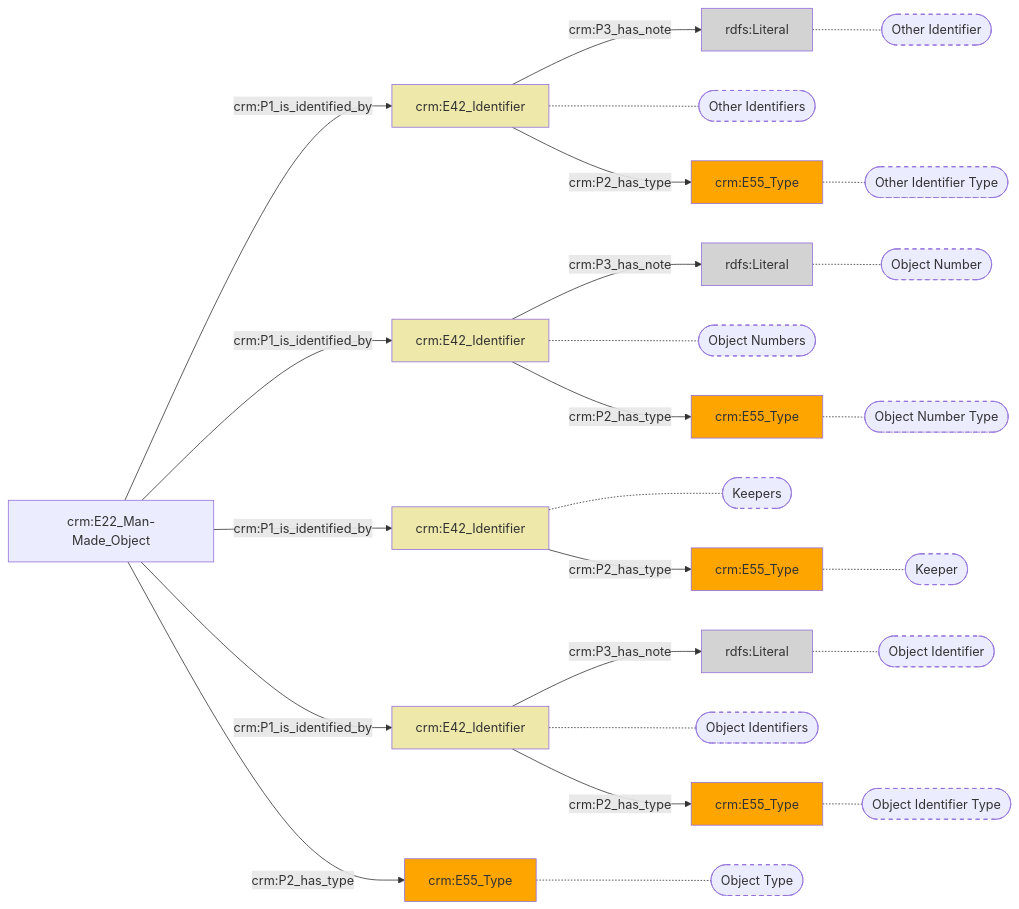
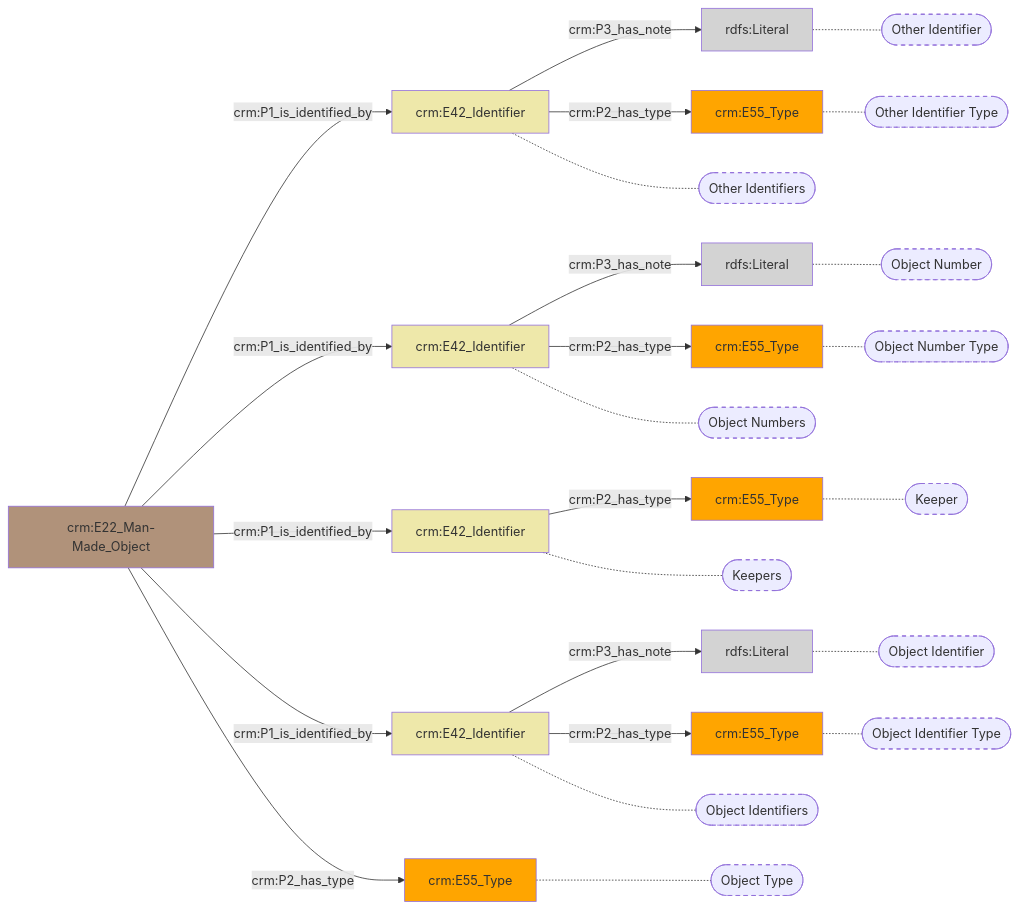
The diagram in docs/content/modellen/ArchiefItemMaterieel/Identificatie.md (digipolisantwerpdocumentation/antwerp-cultureel-erfgoed), drawn with Mermaid before and after one commit. The commit also changed 32 other files, not shown here.

````diff
--- a/docs/content/modellen/ArchiefItemMaterieel/Identificatie.md
+++ b/docs/content/modellen/ArchiefItemMaterieel/Identificatie.md
@@ -1,51 +1,52 @@
 ```mermaid
 graph LR
 d1dc33e0-a5fe-11ec-b19f-9cf387da2c40["crm:E42_Identifier"]-->|"crm:P3_has_note"|d1de206a-a5fe-11ec-b19f-9cf387da2c40(rdfs:Literal)
 d1dc4bdc-a5fe-11ec-b19f-9cf387da2c40["crm:E42_Identifier"]-->|"crm:P3_has_note"|d1ddc232-a5fe-11ec-b19f-9cf387da2c40(rdfs:Literal)
 d1dca05a-a5fe-11ec-b19f-9cf387da2c40["crm:E42_Identifier"]-->|"crm:P3_has_note"|d1de2e66-a5fe-11ec-b19f-9cf387da2c40(rdfs:Literal)
+d1dc33e0-a5fe-11ec-b19f-9cf387da2c40["crm:E42_Identifier"]-->|"crm:P2_has_type"|d1de32bc-a5fe-11ec-b19f-9cf387da2c40["crm:E55_Type"]
+d1dc4bdc-a5fe-11ec-b19f-9cf387da2c40["crm:E42_Identifier"]-->|"crm:P2_has_type"|d1de1214-a5fe-11ec-b19f-9cf387da2c40["crm:E55_Type"]
+d1dc8570-a5fe-11ec-b19f-9cf387da2c40["crm:E42_Identifier"]-->|"crm:P2_has_type"|d1dd9000-a5fe-11ec-b19f-9cf387da2c40["crm:E55_Type"]
+d1dca05a-a5fe-11ec-b19f-9cf387da2c40["crm:E42_Identifier"]-->|"crm:P2_has_type"|d1de1ab6-a5fe-11ec-b19f-9cf387da2c40["crm:E55_Type"]
+d1dd96e0-a5fe-11ec-b19f-9cf387da2c40["crm:E22_Man-Made_Object"]-->|"crm:P1_is_identified_by"|d1dc33e0-a5fe-11ec-b19f-9cf387da2c40["crm:E42_Identifier"]
+d1dd96e0-a5fe-11ec-b19f-9cf387da2c40["crm:E22_Man-Made_Object"]-->|"crm:P1_is_identified_by"|d1dc4bdc-a5fe-11ec-b19f-9cf387da2c40["crm:E42_Identifier"]
+d1dd96e0-a5fe-11ec-b19f-9cf387da2c40["crm:E22_Man-Made_Object"]-->|"crm:P1_is_identified_by"|d1dc8570-a5fe-11ec-b19f-9cf387da2c40["crm:E42_Identifier"]
+d1dd96e0-a5fe-11ec-b19f-9cf387da2c40["crm:E22_Man-Made_Object"]-->|"crm:P1_is_identified_by"|d1dca05a-a5fe-11ec-b19f-9cf387da2c40["crm:E42_Identifier"]
+d1dd96e0-a5fe-11ec-b19f-9cf387da2c40["crm:E22_Man-Made_Object"]-->|"crm:P2_has_type"|d1dcb6c6-a5fe-11ec-b19f-9cf387da2c40["crm:E55_Type"]
 d1de32bc-a5fe-11ec-b19f-9cf387da2c40["crm:E55_Type"]-.-d1de32bc-a5fe-11ec-b19f-9cf387da2c40_s(["Other Identifier Type"])
 d1de206a-a5fe-11ec-b19f-9cf387da2c40["rdfs:Literal"]-.-d1de206a-a5fe-11ec-b19f-9cf387da2c40_s(["Other Identifier"])
 d1de1214-a5fe-11ec-b19f-9cf387da2c40["crm:E55_Type"]-.-d1de1214-a5fe-11ec-b19f-9cf387da2c40_s(["Object Number Type"])
 d1ddc232-a5fe-11ec-b19f-9cf387da2c40["rdfs:Literal"]-.-d1ddc232-a5fe-11ec-b19f-9cf387da2c40_s(["Object Number"])
 d1dd9000-a5fe-11ec-b19f-9cf387da2c40["crm:E55_Type"]-.-d1dd9000-a5fe-11ec-b19f-9cf387da2c40_s(["Keeper"])
 d1de1ab6-a5fe-11ec-b19f-9cf387da2c40["crm:E55_Type"]-.-d1de1ab6-a5fe-11ec-b19f-9cf387da2c40_s(["Object Identifier Type"])
 d1de2e66-a5fe-11ec-b19f-9cf387da2c40["rdfs:Literal"]-.-d1de2e66-a5fe-11ec-b19f-9cf387da2c40_s(["Object Identifier"])
 d1dc33e0-a5fe-11ec-b19f-9cf387da2c40["crm:E42_Identifier"]-.-d1dc33e0-a5fe-11ec-b19f-9cf387da2c40_s(["Other Identifiers"])
 d1dc4bdc-a5fe-11ec-b19f-9cf387da2c40["crm:E42_Identifier"]-.-d1dc4bdc-a5fe-11ec-b19f-9cf387da2c40_s(["Object Numbers"])
 d1dc8570-a5fe-11ec-b19f-9cf387da2c40["crm:E42_Identifier"]-.-d1dc8570-a5fe-11ec-b19f-9cf387da2c40_s(["Keepers"])
 d1dca05a-a5fe-11ec-b19f-9cf387da2c40["crm:E42_Identifier"]-.-d1dca05a-a5fe-11ec-b19f-9cf387da2c40_s(["Object Identifiers"])
 d1dcb6c6-a5fe-11ec-b19f-9cf387da2c40["crm:E55_Type"]-.-d1dcb6c6-a5fe-11ec-b19f-9cf387da2c40_s(["Object Type"])
-d1dc33e0-a5fe-11ec-b19f-9cf387da2c40["crm:E42_Identifier"]-->|"crm:P2_has_type"|d1de32bc-a5fe-11ec-b19f-9cf387da2c40["crm:E55_Type"]
-d1dc4bdc-a5fe-11ec-b19f-9cf387da2c40["crm:E42_Identifier"]-->|"crm:P2_has_type"|d1de1214-a5fe-11ec-b19f-9cf387da2c40["crm:E55_Type"]
-d1dc8570-a5fe-11ec-b19f-9cf387da2c40["crm:E42_Identifier"]-->|"crm:P2_has_type"|d1dd9000-a5fe-11ec-b19f-9cf387da2c40["crm:E55_Type"]
-d1dca05a-a5fe-11ec-b19f-9cf387da2c40["crm:E42_Identifier"]-->|"crm:P2_has_type"|d1de1ab6-a5fe-11ec-b19f-9cf387da2c40["crm:E55_Type"]
-d1dd96e0-a5fe-11ec-b19f-9cf387da2c40["crm:E22_Man-Made_Object"]-->|"crm:P1_is_identified_by"|d1dc33e0-a5fe-11ec-b19f-9cf387da2c40["crm:E42_Identifier"]
-d1dd96e0-a5fe-11ec-b19f-9cf387da2c40["crm:E22_Man-Made_Object"]-->|"crm:P1_is_identified_by"|d1dc4bdc-a5fe-11ec-b19f-9cf387da2c40["crm:E42_Identifier"]
-d1dd96e0-a5fe-11ec-b19f-9cf387da2c40["crm:E22_Man-Made_Object"]-->|"crm:P1_is_identified_by"|d1dc8570-a5fe-11ec-b19f-9cf387da2c40["crm:E42_Identifier"]
-d1dd96e0-a5fe-11ec-b19f-9cf387da2c40["crm:E22_Man-Made_Object"]-->|"crm:P1_is_identified_by"|d1dca05a-a5fe-11ec-b19f-9cf387da2c40["crm:E42_Identifier"]
-d1dd96e0-a5fe-11ec-b19f-9cf387da2c40["crm:E22_Man-Made_Object"]-->|"crm:P2_has_type"|d1dcb6c6-a5fe-11ec-b19f-9cf387da2c40["crm:E55_Type"]
-style d1dc33e0-a5fe-11ec-b19f-9cf387da2c40 fill:#EEE8AA
-style d1dc4bdc-a5fe-11ec-b19f-9cf387da2c40 fill:#EEE8AA
-style d1dc8570-a5fe-11ec-b19f-9cf387da2c40 fill:#EEE8AA
-style d1dca05a-a5fe-11ec-b19f-9cf387da2c40 fill:#EEE8AA
-style d1dcb6c6-a5fe-11ec-b19f-9cf387da2c40 fill:#ffa500
-style d1dd9000-a5fe-11ec-b19f-9cf387da2c40 fill:#ffa500
-style d1ddc232-a5fe-11ec-b19f-9cf387da2c40 fill:#D3D3D3
-style d1de1214-a5fe-11ec-b19f-9cf387da2c40 fill:#ffa500
-style d1de1ab6-a5fe-11ec-b19f-9cf387da2c40 fill:#ffa500
-style d1de206a-a5fe-11ec-b19f-9cf387da2c40 fill:#D3D3D3
-style d1de2e66-a5fe-11ec-b19f-9cf387da2c40 fill:#D3D3D3
-style d1de32bc-a5fe-11ec-b19f-9cf387da2c40 fill:#ffa500
 style d1de32bc-a5fe-11ec-b19f-9cf387da2c40_s stroke-dasharray: 5
 style d1de206a-a5fe-11ec-b19f-9cf387da2c40_s stroke-dasharray: 5
 style d1de1214-a5fe-11ec-b19f-9cf387da2c40_s stroke-dasharray: 5
 style d1ddc232-a5fe-11ec-b19f-9cf387da2c40_s stroke-dasharray: 5
 style d1dd9000-a5fe-11ec-b19f-9cf387da2c40_s stroke-dasharray: 5
 style d1de1ab6-a5fe-11ec-b19f-9cf387da2c40_s stroke-dasharray: 5
 style d1de2e66-a5fe-11ec-b19f-9cf387da2c40_s stroke-dasharray: 5
 style d1dc33e0-a5fe-11ec-b19f-9cf387da2c40_s stroke-dasharray: 5
 style d1dc4bdc-a5fe-11ec-b19f-9cf387da2c40_s stroke-dasharray: 5
 style d1dc8570-a5fe-11ec-b19f-9cf387da2c40_s stroke-dasharray: 5
 style d1dca05a-a5fe-11ec-b19f-9cf387da2c40_s stroke-dasharray: 5
 style d1dcb6c6-a5fe-11ec-b19f-9cf387da2c40_s stroke-dasharray: 5
+style d1dc33e0-a5fe-11ec-b19f-9cf387da2c40 fill:#EEE8AA
+style d1dc4bdc-a5fe-11ec-b19f-9cf387da2c40 fill:#EEE8AA
+style d1dc8570-a5fe-11ec-b19f-9cf387da2c40 fill:#EEE8AA
+style d1dca05a-a5fe-11ec-b19f-9cf387da2c40 fill:#EEE8AA
+style d1dcb6c6-a5fe-11ec-b19f-9cf387da2c40 fill:#ffa500
+style d1dd9000-a5fe-11ec-b19f-9cf387da2c40 fill:#ffa500
+style d1dd96e0-a5fe-11ec-b19f-9cf387da2c40 fill:#B0927A
+style d1ddc232-a5fe-11ec-b19f-9cf387da2c40 fill:#D3D3D3
+style d1de1214-a5fe-11ec-b19f-9cf387da2c40 fill:#ffa500
+style d1de1ab6-a5fe-11ec-b19f-9cf387da2c40 fill:#ffa500
+style d1de206a-a5fe-11ec-b19f-9cf387da2c40 fill:#D3D3D3
+style d1de2e66-a5fe-11ec-b19f-9cf387da2c40 fill:#D3D3D3
+style d1de32bc-a5fe-11ec-b19f-9cf387da2c40 fill:#ffa500
 ```
````
